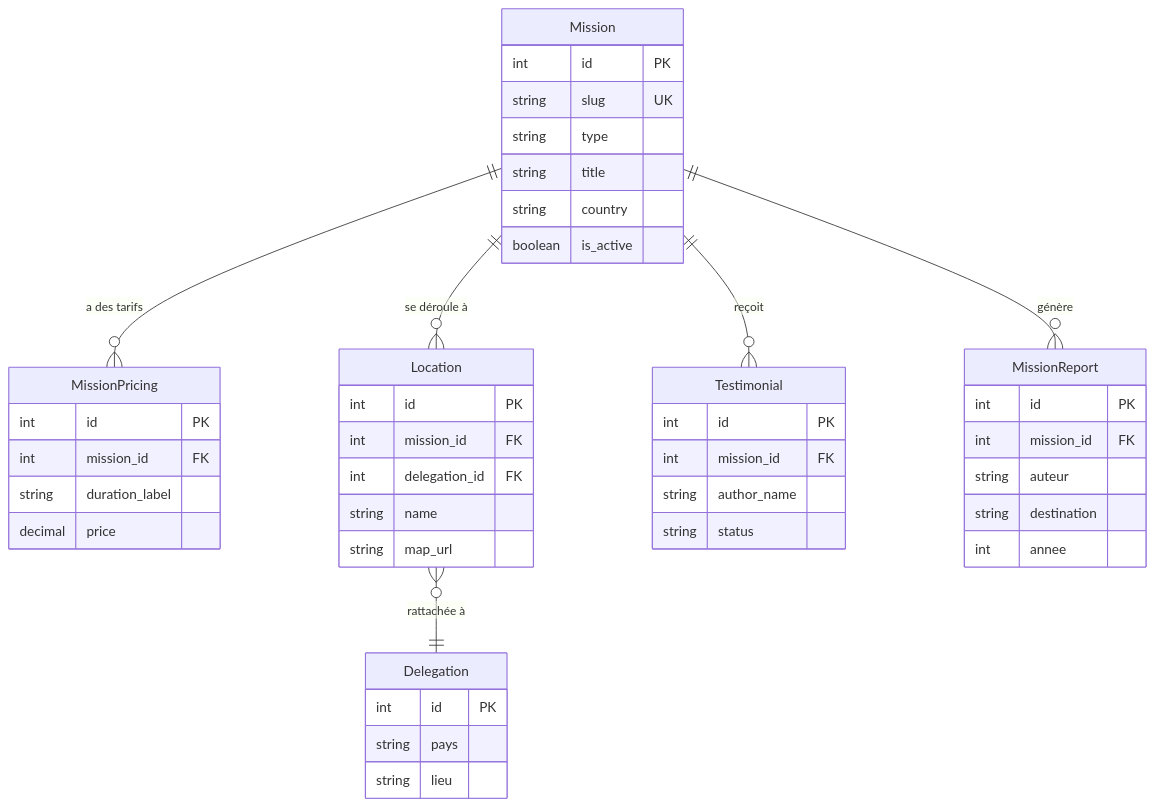
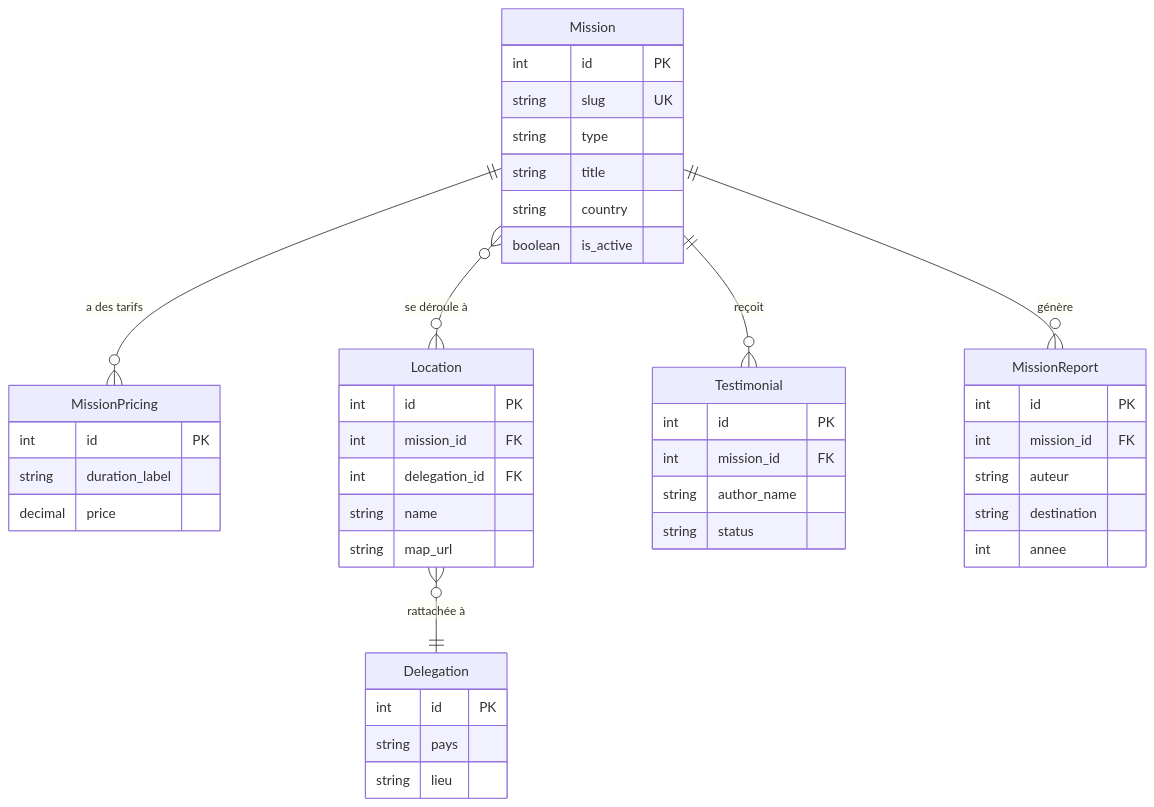
One commit to GwenP88/sens-solidaire changed the second of 6 diagrams in README.md. Above: the diagram before and after it, drawn with Mermaid. The commit also changed other lines of this file and 3 other files, not shown here.

Commit message:
docs(readme): procédure d'installation à jour (.env racine, comptes PostgreSQL, port 3001) + audit dépendances, diagramme Location

````diff
--- a/README.md
+++ b/README.md
@@ -85,48 +85,47 @@
 ```mermaid
 erDiagram
     Mission ||--o{ MissionPricing : "a des tarifs"
-    Mission ||--o{ Location : "se déroule à"
+    Mission }o--o{ Location : "se déroule à"
     Mission ||--o{ Testimonial : "reçoit"
     Mission ||--o{ MissionReport : "génère"
     Location }o--|| Delegation : "rattachée à"
 
     Mission {
         int id PK
         string slug UK
         string type
         string title
         string country
         boolean is_active
     }
     MissionPricing {
         int id PK
-        int mission_id FK
         string duration_label
         decimal price
     }
     Location {
         int id PK
         int mission_id FK
         int delegation_id FK
         string name
         string map_url
     }
     Delegation {
         int id PK
         string pays
         string lieu
     }
     Testimonial {
         int id PK
         int mission_id FK
         string author_name
         string status
     }
     MissionReport {
         int id PK
         int mission_id FK
         string auteur
         string destination
         int annee
     }
 ```
````
